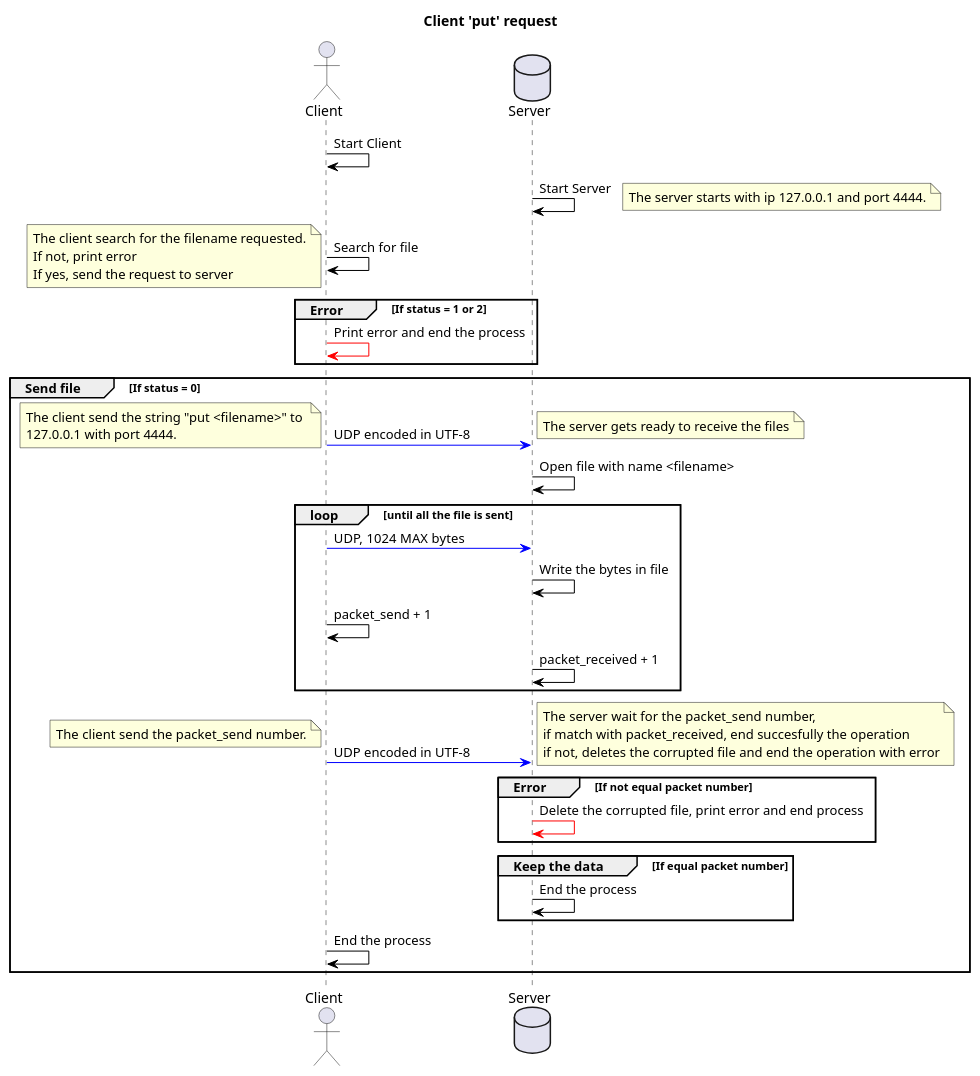
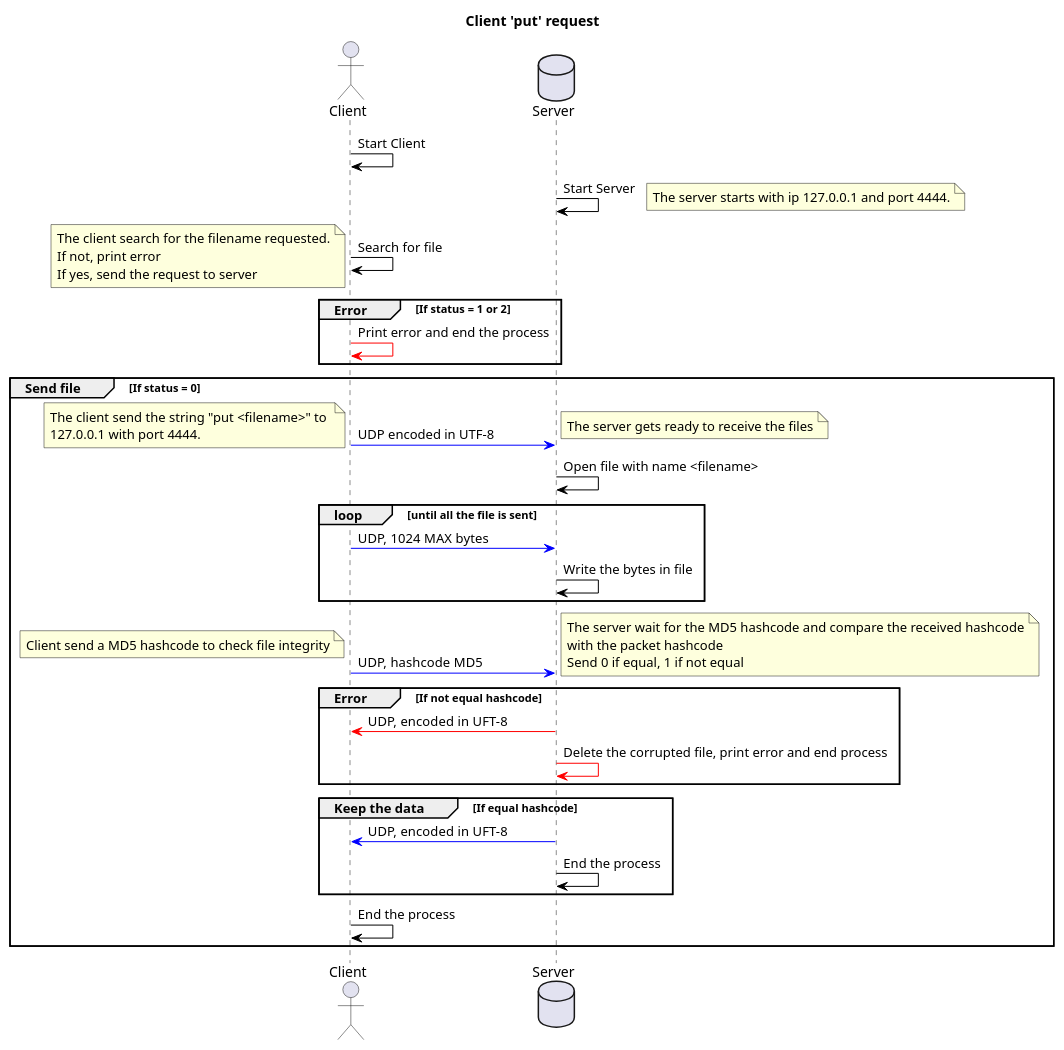
The third of 3 diagrams in UML/PlantUML-code/ClientServerUML.plantuml (Zettaiki/Client-Server-UDP-file-transfer), drawn with PlantUML before and after one commit. The commit also changed other lines of this file and 3 other files, not shown here.

Commit message:
Update UML and PlantUml code

```diff
--- a/UML/PlantUML-code/ClientServerUML.plantuml
+++ b/UML/PlantUML-code/ClientServerUML.plantuml
@@ -98,55 +99,55 @@
 @startuml ClientPutUML
 
 title Client 'put' request
 
 actor Client as Client
 database Server as Server
 Client -[#Black]> Client : Start Client
 Server -[#Black]> Server : Start Server
 note right
 The server starts with ip 127.0.0.1 and port 4444.
 end note
 Client -[#Black]> Client  : Search for file
 note left
 The client search for the filename requested.
 If not, print error
 If yes, send the request to server
 end note
 group Error [If status = 1 or 2]
     Client -[#Red]> Client  : Print error and end the process
 end
 group Send file [If status = 0]
     Client -[#Blue]> Server : UDP encoded in UTF-8
     note left
     The client send the string "put <filename>" to 
     127.0.0.1 with port 4444.
     end note
     note right
     The server gets ready to receive the files
     end note
     Server -[#Black]> Server : Open file with name <filename>
     loop until all the file is sent
         Client -[#Blue]> Server : UDP, 1024 MAX bytes
         Server -[#Black]> Server : Write the bytes in file
-        Client -[#Black]> Client : packet_send + 1
-        Server -[#Black]> Server : packet_received + 1
     end
-    Client -[#Blue]> Server : UDP encoded in UTF-8
+    Client -[#Blue]> Server : UDP, hashcode MD5
     note left
-    The client send the packet_send number.
+    Client send a MD5 hashcode to check file integrity
     end note
     note right
-    The server wait for the packet_send number,
-    if match with packet_received, end succesfully the operation
-    if not, deletes the corrupted file and end the operation with error
+    The server wait for the MD5 hashcode and compare the received hashcode
+    with the packet hashcode
+    Send 0 if equal, 1 if not equal
     end note
-    group Error [If not equal packet number]
+    group Error [If not equal hashcode]
+    Server -[#Red]> Client : UDP, encoded in UFT-8
     Server -[#Red]> Server : Delete the corrupted file, print error and end process
     end
-    group Keep the data [If equal packet number]
+    group Keep the data [If equal hashcode]
+    Server -[#Blue]> Client : UDP, encoded in UFT-8
     Server -[#Black]> Server : End the process
     end
     Client -[#Black]> Client : End the process
 end
 
 @enduml
```
